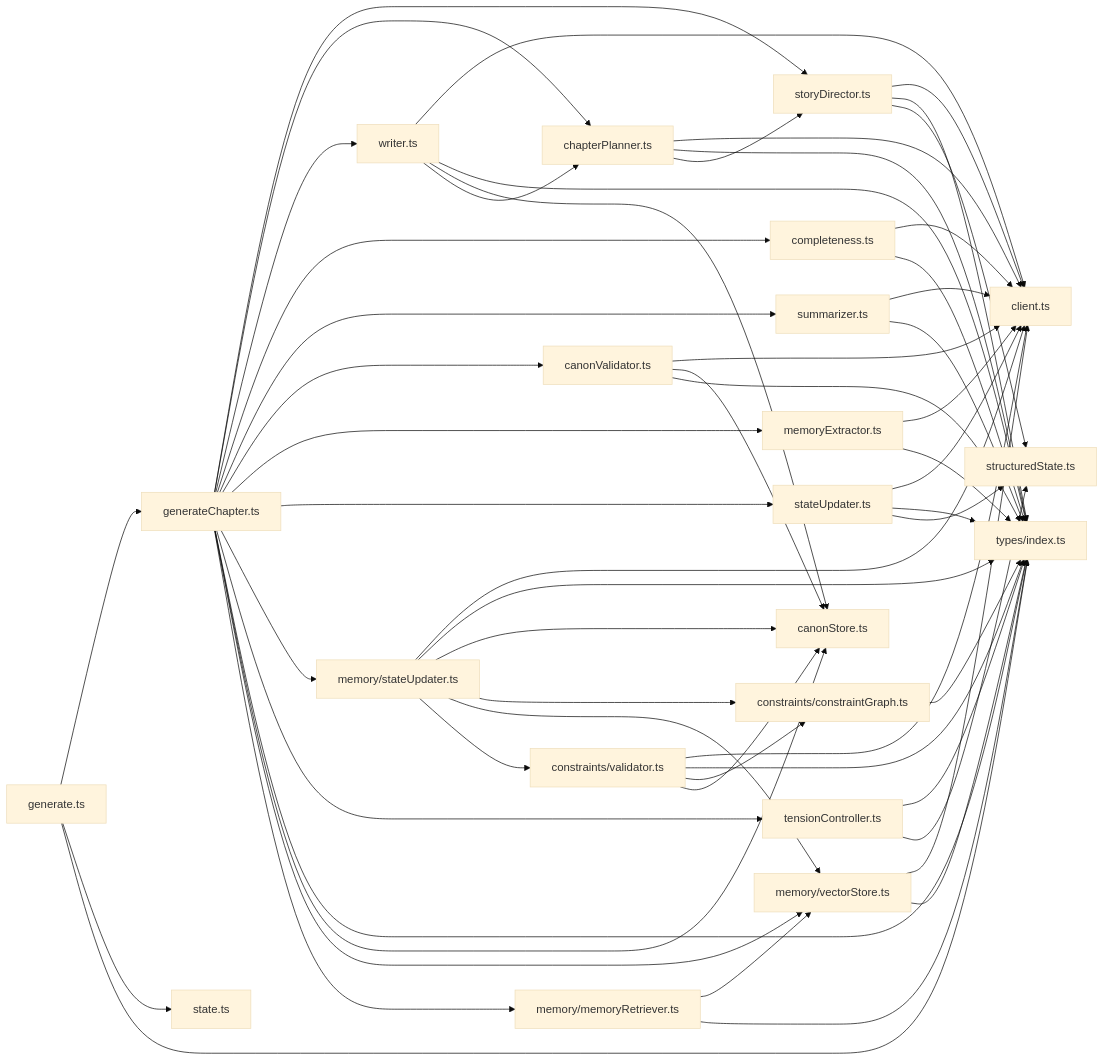
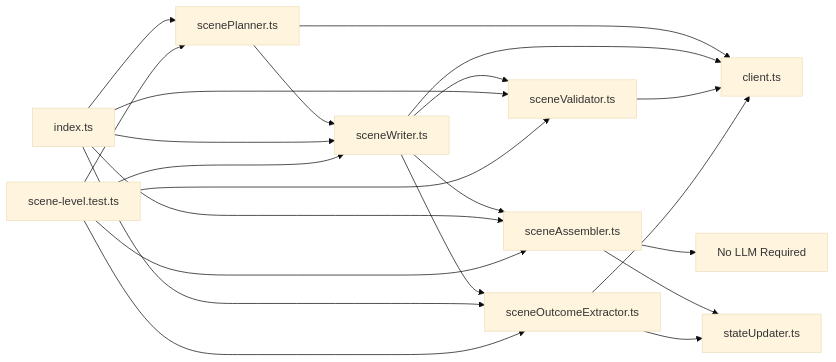
Before and after one commit to liwonder/NARRITIVE_OS: the third of 3 diagrams in .qoder/repowiki/en/content/AI Agent System/AI Agent System.md, drawn with Mermaid (base theme). The commit also changed other lines of this file and 7 other files, not shown here.

````diff
--- a/.qoder/repowiki/en/content/AI Agent System/AI Agent System.md
+++ b/.qoder/repowiki/en/content/AI Agent System/AI Agent System.md
@@ -879,59 +404,24 @@
 ```mermaid
 graph LR
-StoryDir["storyDirector.ts"] --> LLM["client.ts"]
-StoryDir --> Types["types/index.ts"]
-StoryDir --> StructState["structuredState.ts"]
-ChapterPlanner["chapterPlanner.ts"] --> LLM
-ChapterPlanner --> Types
-ChapterPlanner --> StoryDir
-Writer["writer.ts"] --> LLM
-Writer --> Types
-Writer --> CanonFmt["canonStore.ts"]
-Writer --> ChapterPlanner
-Complete["completeness.ts"] --> LLM
-Complete --> Types
-Sum["summarizer.ts"] --> LLM
-Sum --> Types
-Canon["canonValidator.ts"] --> LLM
-Canon --> CanonFmt
-Canon --> Types
-MemExtract["memoryExtractor.ts"] --> LLM
-MemExtract --> Types
-StateUpd["stateUpdater.ts"] --> LLM
-StateUpd --> Types
-StateUpd --> StructState
-StatePipe["memory/stateUpdater.ts"] --> LLM
-StatePipe --> Types
-StatePipe --> CanonFmt
-StatePipe --> ConstraintGraph["constraints/constraintGraph.ts"]
-StatePipe --> VectorStore["memory/vectorStore.ts"]
-StatePipe --> Validator["constraints/validator.ts"]
-Tension["tensionController.ts"] --> Types
-Tension --> StructState
-ConstraintGraph --> Types
-Validator --> LLM
-Validator --> Types
-Validator --> ConstraintGraph
-Validator --> CanonFmt
-VectorStore --> LLM
-VectorStore --> Types
-MemoryRetriever["memory/memoryRetriever.ts"] --> VectorStore
-MemoryRetriever --> Types
-Pipe["generateChapter.ts"] --> StoryDir
-Pipe --> ChapterPlanner
-Pipe --> Writer
-Pipe --> Complete
-Pipe --> Sum
-Pipe --> Canon
-Pipe --> MemExtract
-Pipe --> StateUpd
-Pipe --> StatePipe
-Pipe --> Tension
-Pipe --> Types
-Pipe --> CanonFmt
-Pipe --> VectorStore
-Pipe --> MemoryRetriever
-CLI["generate.ts"] --> Pipe
-CLI --> State["state.ts"]
-CLI --> Types
+SCENEPLANNER["scenePlanner.ts"] --> LLM["client.ts"]
+SCENEWRITER["sceneWriter.ts"] --> LLM
+SCENEVALIDATOR["sceneValidator.ts"] --> LLM
+SCENEASSEMBLER["sceneAssembler.ts"] --> NO_LLM["No LLM Required"]
+SCENEOUTCOME["sceneOutcomeExtractor.ts"] --> LLM
+SCENEASSEMBLER --> STATEUPD["stateUpdater.ts"]
+SCENEOUTCOME --> STATEUPD
+SCENEPLANNER --> SCENEWRITER
+SCENEWRITER --> SCENEVALIDATOR
+SCENEWRITER --> SCENEASSEMBLER
+SCENEWRITER --> SCENEOUTCOME
+INDEX["index.ts"] --> SCENEPLANNER
+INDEX --> SCENEWRITER
+INDEX --> SCENEVALIDATOR
+INDEX --> SCENEASSEMBLER
+INDEX --> SCENEOUTCOME
+TESTS["scene-level.test.ts"] --> SCENEPLANNER
+TESTS --> SCENEWRITER
+TESTS --> SCENEVALIDATOR
+TESTS --> SCENEASSEMBLER
+TESTS --> SCENEOUTCOME
 ```
````
